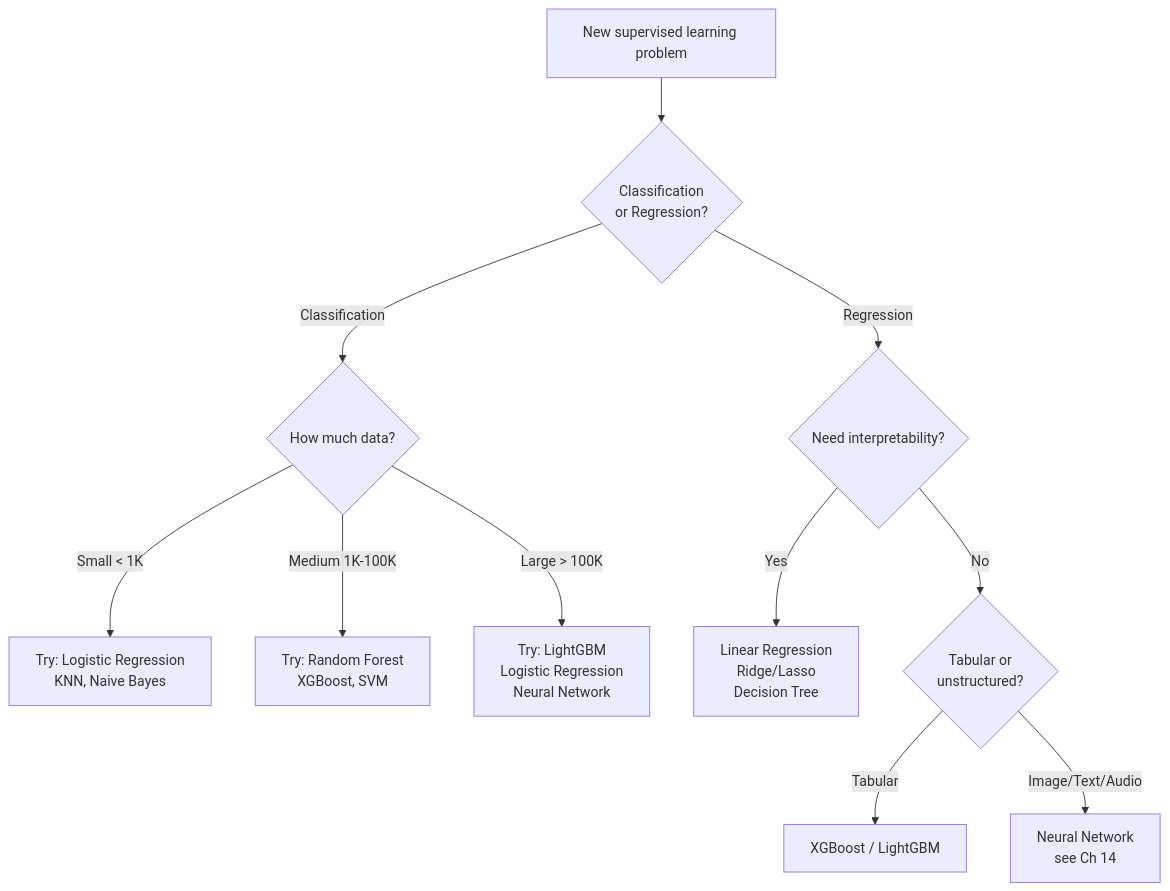
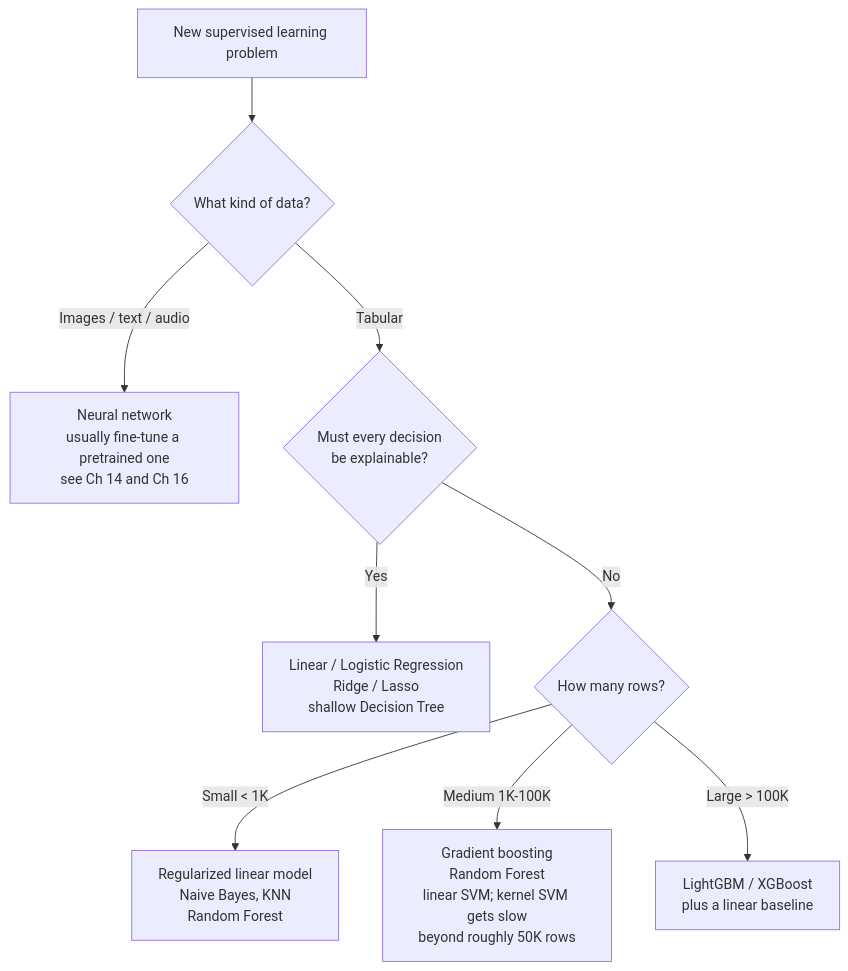
The fourth of 5 diagrams in content/10_supervised_learning.md (Hmago/ml4), drawn with Mermaid before and after one commit. The commit also changed other lines of this file and 165 other files, not shown here.

````diff
--- a/content/10_supervised_learning.md
+++ b/content/10_supervised_learning.md
@@ -1941,15 +3230,11 @@
 ```mermaid
 flowchart TD
-    A[New supervised learning problem] --> B{Classification<br/>or Regression?}
-    B -->|Classification| C{How much data?}
-    B -->|Regression| D{Need interpretability?}
-
-    C -->|Small < 1K| E[Try: Logistic Regression<br/>KNN, Naive Bayes]
-    C -->|Medium 1K-100K| F[Try: Random Forest<br/>XGBoost, SVM]
-    C -->|Large > 100K| G[Try: LightGBM<br/>Logistic Regression<br/>Neural Network]
-
-    D -->|Yes| H[Linear Regression<br/>Ridge/Lasso<br/>Decision Tree]
-    D -->|No| I{Tabular or<br/>unstructured?}
-    I -->|Tabular| J[XGBoost / LightGBM]
-    I -->|Image/Text/Audio| K[Neural Network<br/>see Ch 14]
+    A[New supervised learning problem] --> B{What kind of data?}
+    B -->|Images / text / audio| K[Neural network<br/>usually fine-tune a pretrained one<br/>see Ch 14 and Ch 16]
+    B -->|Tabular| C{Must every decision<br/>be explainable?}
+    C -->|Yes| H[Linear / Logistic Regression<br/>Ridge / Lasso<br/>shallow Decision Tree]
+    C -->|No| D{How many rows?}
+    D -->|Small < 1K| E[Regularized linear model<br/>Naive Bayes, KNN<br/>Random Forest]
+    D -->|Medium 1K-100K| F[Gradient boosting<br/>Random Forest<br/>linear SVM; kernel SVM gets slow<br/>beyond roughly 50K rows]
+    D -->|Large > 100K| G[LightGBM / XGBoost<br/>plus a linear baseline]
 ```
````
